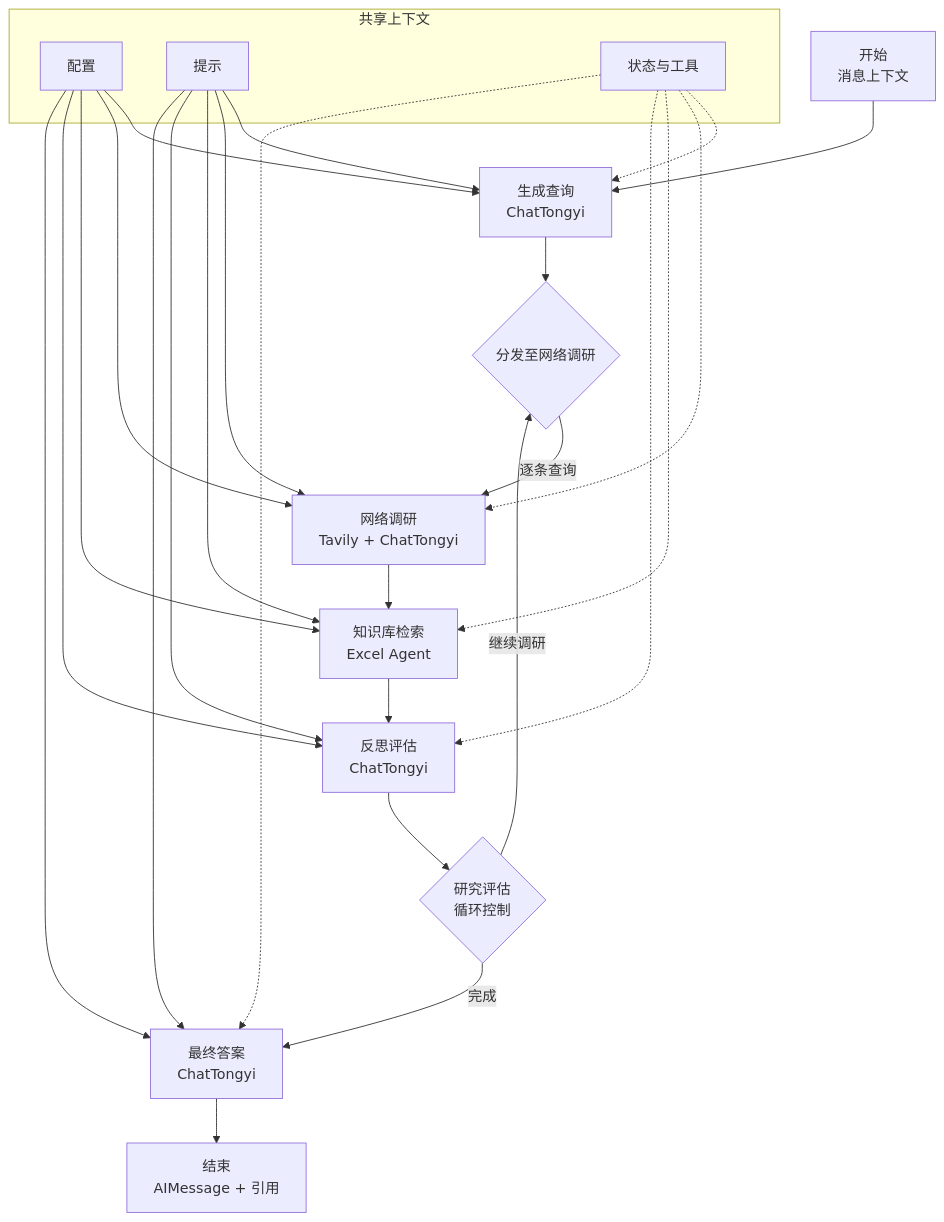
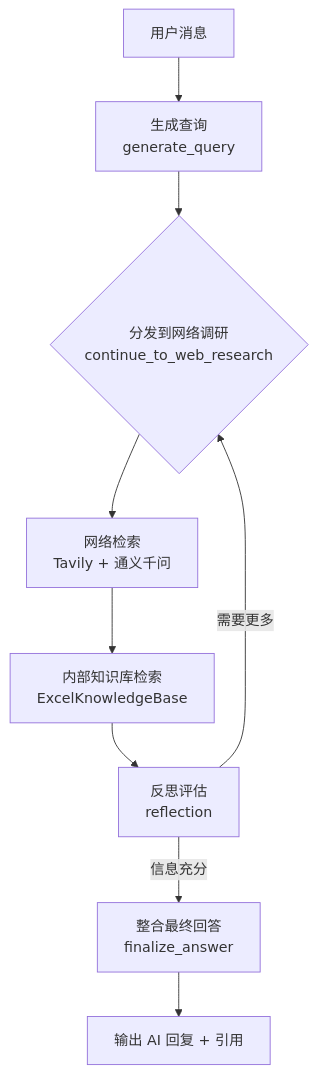
The diagram in README.md (xihuishawpy/langgraph_cus_analysis), drawn with Mermaid before and after one commit. The commit also changed other lines of this file and 8 other files, not shown here.

````diff
--- a/README.md
+++ b/README.md
@@ -16,34 +112,11 @@
 ```mermaid
 graph TD
-    A[开始<br/>消息上下文] --> B[生成查询<br/>ChatTongyi]
-    B --> C{分发至网络调研}
-    C -->|逐条查询| D[网络调研<br/>Tavily + ChatTongyi]
-    D --> X[知识库检索<br/>Excel Agent]
-    X --> E[反思评估<br/>ChatTongyi]
-    E --> F{研究评估<br/>循环控制}
-    F -->|继续调研| C
-    F -->|完成| G[最终答案<br/>ChatTongyi]
-    G --> H[结束<br/>AIMessage + 引用]
-
-    subgraph 共享上下文
-        I[配置]
-        J[提示]
-        K[状态与工具]
-    end
-
-    I --> B
-    I --> D
-    I --> X
-    I --> E
-    I --> G
-    J --> B
-    J --> D
-    J --> X
-    J --> E
-    J --> G
-    K -.-> B
-    K -.-> D
-    K -.-> X
-    K -.-> E
-    K -.-> G
+    A[用户消息] --> B[生成查询<br/>generate_query]
+    B --> C{分发到网络调研<br/>continue_to_web_research}
+    C --> D[网络检索<br/>Tavily + 通义千问]
+    D --> E[内部知识库检索<br/>ExcelKnowledgeBase]
+    E --> F[反思评估<br/>reflection]
+    F -->|需要更多| C
+    F -->|信息充分| G[整合最终回答<br/>finalize_answer]
+    G --> H[输出 AI 回复 + 引用]
 ```
````
